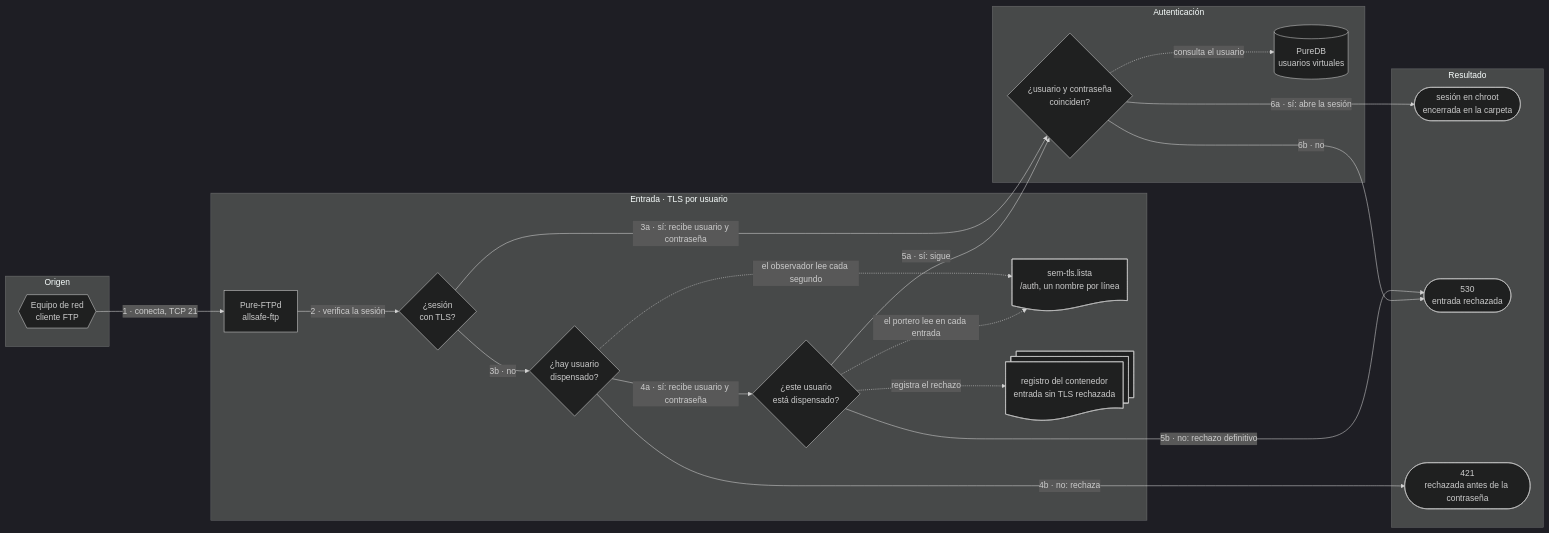
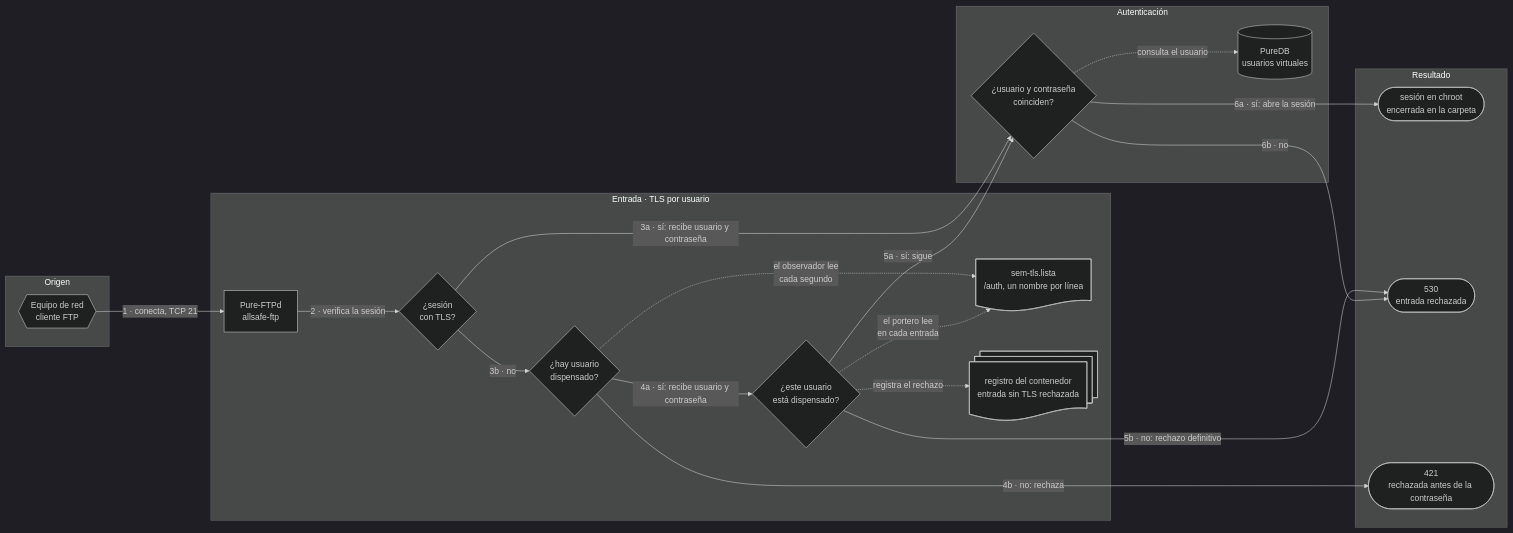
Before and after one commit to CarlosSuporteISP/allsafe-ftp-stack: the second of 5 diagrams in doc/es/seguridad.md, drawn with Mermaid. The commit also changed other lines of this file and 62 other files, not shown here.

````diff
--- a/doc/es/seguridad.md
+++ b/doc/es/seguridad.md
@@ -353,39 +353,39 @@
 ```mermaid
 %%{init: {"theme": "dark"}}%%
 flowchart LR
     subgraph ORIGEM["Origen"]
         equip@{ shape: hex, label: "Equipo de red<br>cliente FTP" }
     end
     subgraph ENTRADA["Entrada · TLS por usuario"]
         ftp@{ shape: rect, label: "Pure-FTPd<br>allsafe-ftp" }
         tls@{ shape: diam, label: "¿sesión<br>con TLS?" }
         algum@{ shape: diam, label: "¿hay usuario<br>dispensado?" }
         marcado@{ shape: diam, label: "¿este usuario<br>está dispensado?" }
         lista@{ shape: doc, label: "sem-tls.lista<br>/auth, un nombre por línea" }
         registro@{ shape: docs, label: "registro del contenedor<br>entrada sin TLS rechazada" }
     end
     subgraph AUTH["Autenticación"]
         puredb@{ shape: cyl, label: "PureDB<br>usuarios virtuales" }
         login@{ shape: diam, label: "¿usuario y contraseña<br>coinciden?" }
     end
     subgraph RESULTADO["Resultado"]
         sessao@{ shape: stadium, label: "sesión en chroot<br>encerrada en la carpeta" }
         recusa@{ shape: stadium, label: "530<br>entrada rechazada" }
         antes@{ shape: stadium, label: "421<br>rechazada antes de la contraseña" }
     end
 
     equip -- "1 · conecta, TCP 21" --> ftp
     ftp -- "2 · verifica la sesión" --> tls
     tls -- "3a · sí: recibe usuario y contraseña" --> login
     tls -- "3b · no" --> algum
     algum -- "4a · sí: recibe usuario y contraseña" --> marcado
     algum -- "4b · no: rechaza" --> antes
     marcado -- "5a · sí: sigue" --> login
     marcado -- "5b · no: rechazo definitivo" --> recusa
     login -- "6a · sí: abre la sesión" ---> sessao
     login -- "6b · no" ---> recusa
-    algum -. "el observador lee cada segundo" .-> lista
-    marcado -. "el portero lee en cada entrada" .-> lista
+    algum -. "el observador lee<br>cada segundo" .-> lista
+    marcado -. "el portero lee<br>en cada entrada" .-> lista
     marcado -. "registra el rechazo" .-> registro
     login -. "consulta el usuario" .-> puredb
 ```
````
